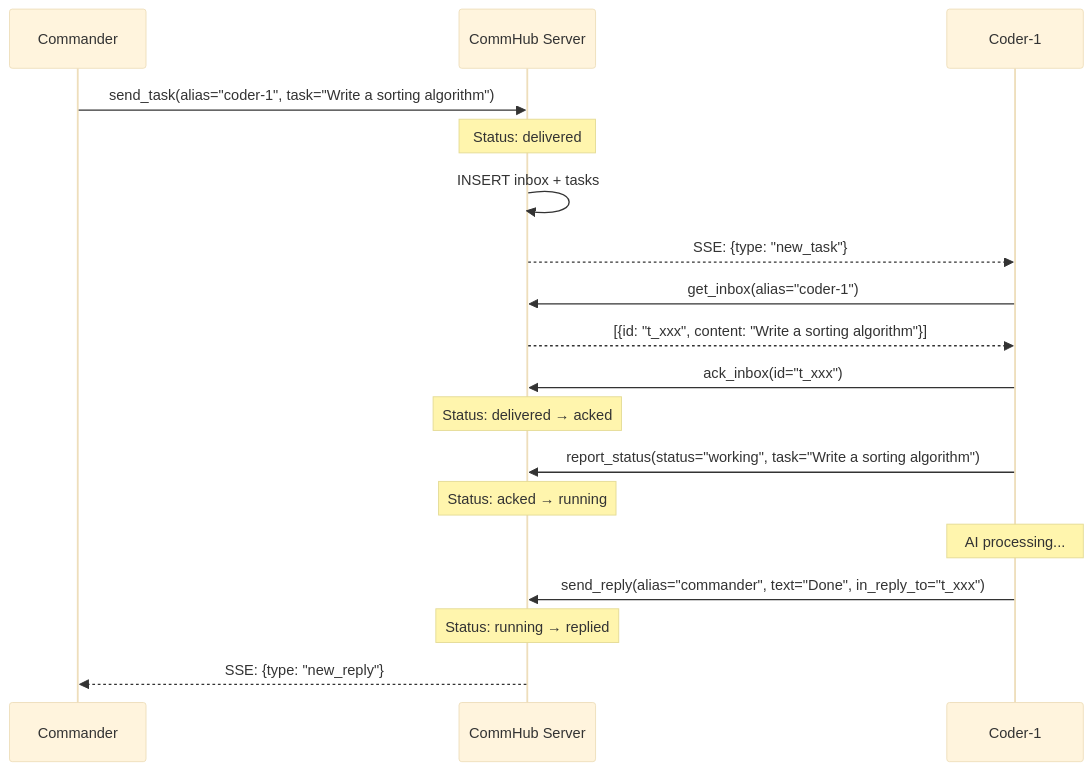
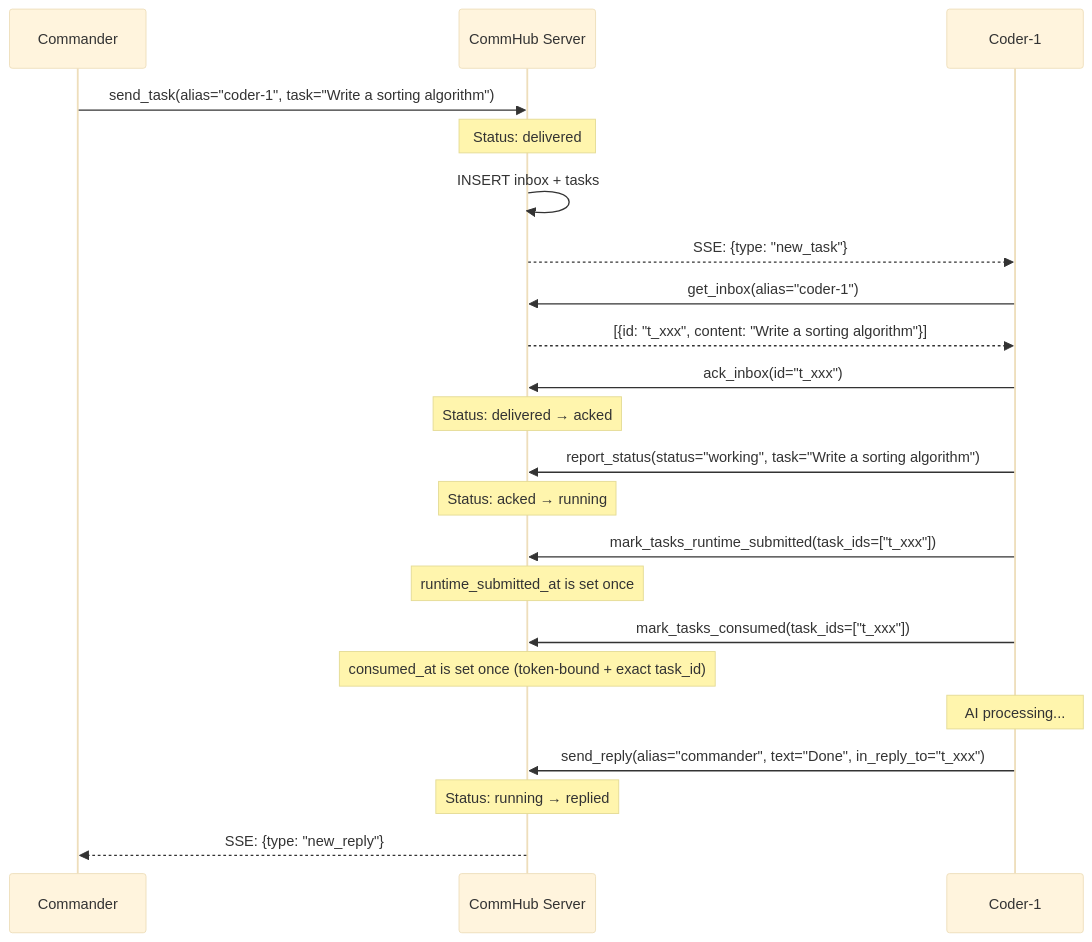
Before and after one commit to sleep2agi/agent-network: the second of 5 diagrams in docs-site/docs/en/concepts/task-lifecycle.md, drawn with Mermaid (base theme). The commit also changed other lines of this file and 12 other files, not shown here.

Commit message:
feat(hub): add task runtime evidence levels

````diff
--- a/docs-site/docs/en/concepts/task-lifecycle.md
+++ b/docs-site/docs/en/concepts/task-lifecycle.md
@@ -66,27 +78,32 @@
 ```mermaid
 sequenceDiagram
     participant H as Commander
     participant S as CommHub Server
     participant A as Coder-1
 
     H->>S: send_task(alias="coder-1", task="Write a sorting algorithm")
     Note over S: Status: delivered
     S->>S: INSERT inbox + tasks
     S-->>A: SSE: {type: "new_task"}
 
     A->>S: get_inbox(alias="coder-1")
     S-->>A: [{id: "t_xxx", content: "Write a sorting algorithm"}]
 
     A->>S: ack_inbox(id="t_xxx")
     Note over S: Status: delivered → acked
 
     A->>S: report_status(status="working", task="Write a sorting algorithm")
     Note over S: Status: acked → running
 
+    A->>S: mark_tasks_runtime_submitted(task_ids=["t_xxx"])
+    Note over S: runtime_submitted_at is set once
+    A->>S: mark_tasks_consumed(task_ids=["t_xxx"])
+    Note over S: consumed_at is set once (token-bound + exact task_id)
+
     Note over A: AI processing...
 
     A->>S: send_reply(alias="commander", text="Done", in_reply_to="t_xxx")
     Note over S: Status: running → replied
 
     S-->>H: SSE: {type: "new_reply"}
 ```
````
